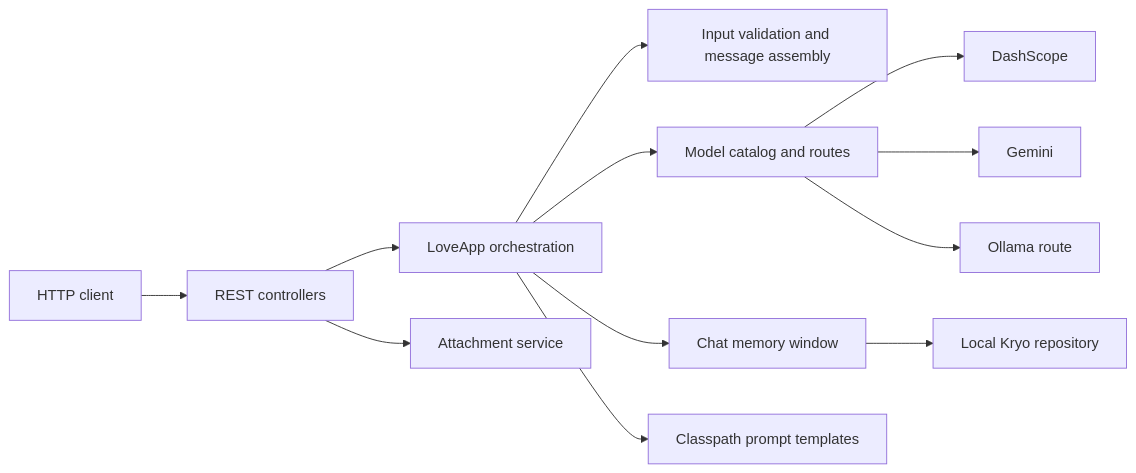
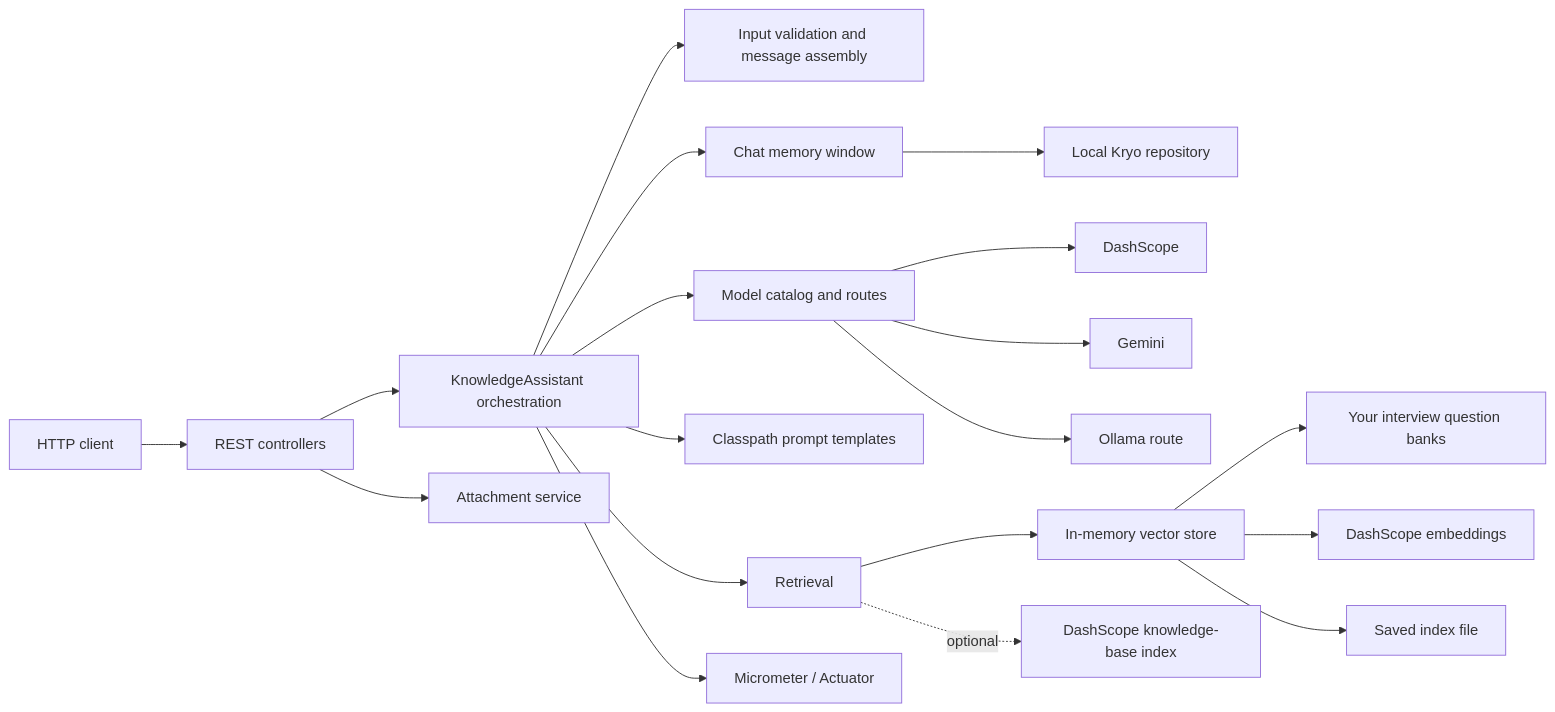
One commit to Hongyu3273/hc-ai-knowledge-assistant changed the diagram in README.md. Above: the diagram before and after it, drawn with Mermaid. The commit also changed other lines of this file and 113 other files, not shown here.

````diff
--- a/README.md
+++ b/README.md
@@ -18,14 +23,21 @@
 ```mermaid
 flowchart LR
     C[HTTP client] --> API[REST controllers]
-    API --> APP[LoveApp orchestration]
+    API --> APP[KnowledgeAssistant orchestration]
     API --> FILES[Attachment service]
     APP --> VALID[Input validation and message assembly]
     APP --> ROUTES[Model catalog and routes]
     APP --> MEMORY[Chat memory window]
     MEMORY --> STORE[Local Kryo repository]
     ROUTES --> DS[DashScope]
     ROUTES --> GM[Gemini]
     ROUTES --> OL[Ollama route]
     APP --> PROMPTS[Classpath prompt templates]
+    APP --> RAG[Retrieval]
+    RAG --> VS[In-memory vector store]
+    VS --> DOCS[Your interview question banks]
+    VS --> EMB[DashScope embeddings]
+    VS --> IDX[Saved index file]
+    RAG -. optional .-> CLOUD[DashScope knowledge-base index]
+    APP --> METRICS[Micrometer / Actuator]
 ```
````
